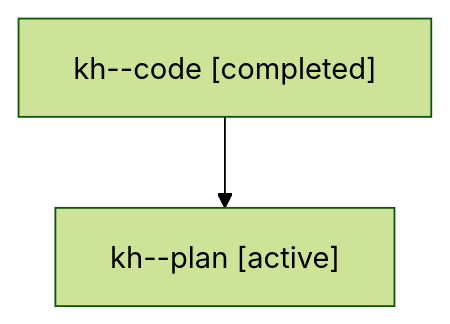
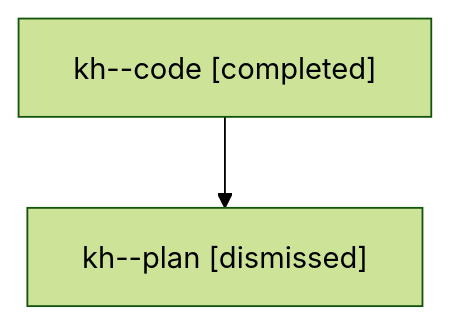
One commit to sase-org/sase--agents changed the diagram in sessions/bbugyi200.athena.kh.md. Above: the diagram before and after it, drawn with Mermaid (forest theme). The commit also changed other lines of this file and 48 other files, not shown here.

````diff
--- a/sessions/bbugyi200.athena.kh.md
+++ b/sessions/bbugyi200.athena.kh.md
@@ -9,6 +9,6 @@
 ```mermaid
 flowchart TD
   n0["kh--code [completed]"]
-  n1["kh--plan [active]"]
+  n1["kh--plan [dismissed]"]
   n0 --> n1
 ```
````
